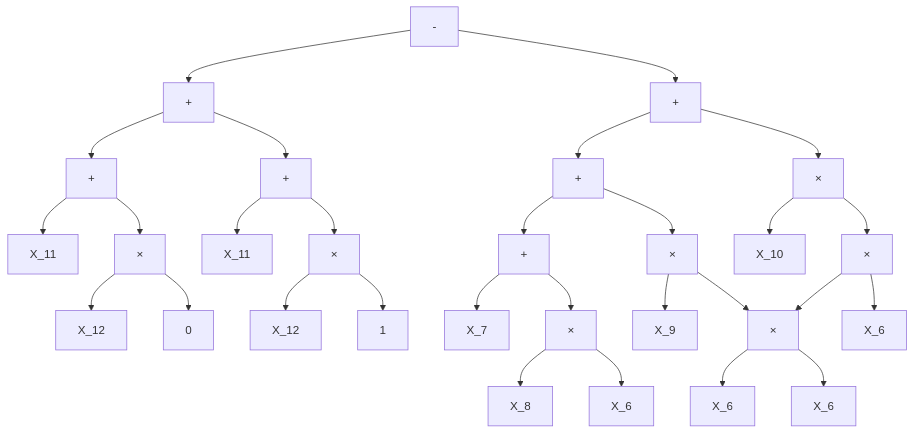
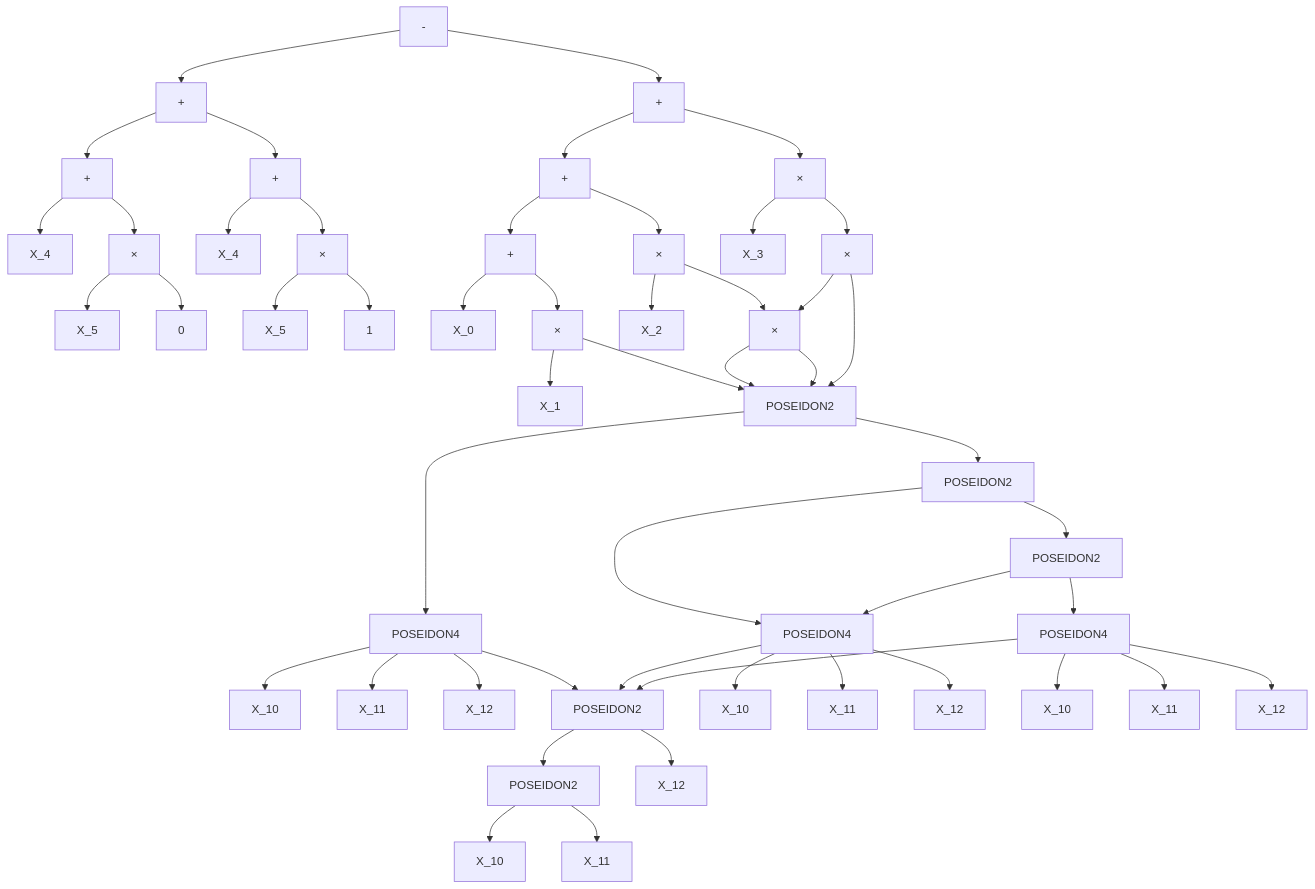
Before and after one commit to defi-wonderland/jolt: the second of 5 diagrams in gnark-transpiler/go/stage1_circuit.ast.md, drawn with Mermaid. The commit also changed other lines of this file and 11 other files, not shown here.

````diff
--- a/gnark-transpiler/go/stage1_circuit.ast.md
+++ b/gnark-transpiler/go/stage1_circuit.ast.md
@@ -46,59 +46,97 @@
 ```mermaid
 graph TD
-    N48["-"]
-    N48 --> N47
-    N47["+"]
-    N47 --> N41
+    N61["-"]
+    N61 --> N60
+    N60["+"]
+    N60 --> N54
+    N54["+"]
+    L54_0["X_4"]
+    N54 --> L54_0
+    N54 --> N53
+    N53["×"]
+    L53_0["X_5"]
+    N53 --> L53_0
+    L53_1["0"]
+    N53 --> L53_1
+    N60 --> N58
+    N58["+"]
+    L58_0["X_4"]
+    N58 --> L58_0
+    N58 --> N57
+    N57["×"]
+    L57_0["X_5"]
+    N57 --> L57_0
+    L57_1["1"]
+    N57 --> L57_1
+    N61 --> N41
     N41["+"]
-    L41_0["X_11"]
-    N41 --> L41_0
+    N41 --> N38
+    N38["+"]
+    N38 --> N35
+    N35["+"]
+    L35_0["X_0"]
+    N35 --> L35_0
+    N35 --> N34
+    N34["×"]
+    L34_0["X_1"]
+    N34 --> L34_0
+    N34 --> N20
+    N20["POSEIDON2"]
+    N20 --> N18
+    N18["POSEIDON4"]
+    L18_0["X_10"]
+    N18 --> L18_0
+    L18_1["X_11"]
+    N18 --> L18_1
+    L18_2["X_12"]
+    N18 --> L18_2
+    N18 --> N14
+    N14["POSEIDON2"]
+    N14 --> N13
+    N13["POSEIDON2"]
+    L13_0["X_10"]
+    N13 --> L13_0
+    L13_1["X_11"]
+    N13 --> L13_1
+    L14_1["X_12"]
+    N14 --> L14_1
+    N20 --> N19
+    N19["POSEIDON2"]
+    N19 --> N15
+    N15["POSEIDON4"]
+    L15_0["X_10"]
+    N15 --> L15_0
+    L15_1["X_11"]
+    N15 --> L15_1
+    L15_2["X_12"]
+    N15 --> L15_2
+    N15 --> N14
+    N19 --> N17
+    N17["POSEIDON2"]
+    N17 --> N16
+    N16["POSEIDON4"]
+    L16_0["X_10"]
+    N16 --> L16_0
+    L16_1["X_11"]
+    N16 --> L16_1
+    L16_2["X_12"]
+    N16 --> L16_2
+    N16 --> N14
+    N17 --> N15
+    N38 --> N37
+    N37["×"]
+    L37_0["X_2"]
+    N37 --> L37_0
+    N37 --> N36
+    N36["×"]
+    N36 --> N20
+    N36 --> N20
     N41 --> N40
     N40["×"]
-    L40_0["X_12"]
+    L40_0["X_3"]
     N40 --> L40_0
-    L40_1["0"]
-    N40 --> L40_1
-    N47 --> N45
-    N45["+"]
-    L45_0["X_11"]
-    N45 --> L45_0
-    N45 --> N44
-    N44["×"]
-    L44_0["X_12"]
-    N44 --> L44_0
-    L44_1["1"]
-    N44 --> L44_1
-    N48 --> N37
-    N37["+"]
-    N37 --> N34
-    N34["+"]
-    N34 --> N31
-    N31["+"]
-    L31_0["X_7"]
-    N31 --> L31_0
-    N31 --> N30
-    N30["×"]
-    L30_0["X_8"]
-    N30 --> L30_0
-    L30_1["X_6"]
-    N30 --> L30_1
-    N34 --> N33
-    N33["×"]
-    L33_0["X_9"]
-    N33 --> L33_0
-    N33 --> N32
-    N32["×"]
-    L32_0["X_6"]
-    N32 --> L32_0
-    L32_1["X_6"]
-    N32 --> L32_1
-    N37 --> N36
-    N36["×"]
-    L36_0["X_10"]
-    N36 --> L36_0
-    N36 --> N35
-    N35["×"]
-    N35 --> N32
-    L35_1["X_6"]
-    N35 --> L35_1
+    N40 --> N39
+    N39["×"]
+    N39 --> N36
+    N39 --> N20
 ```
````
